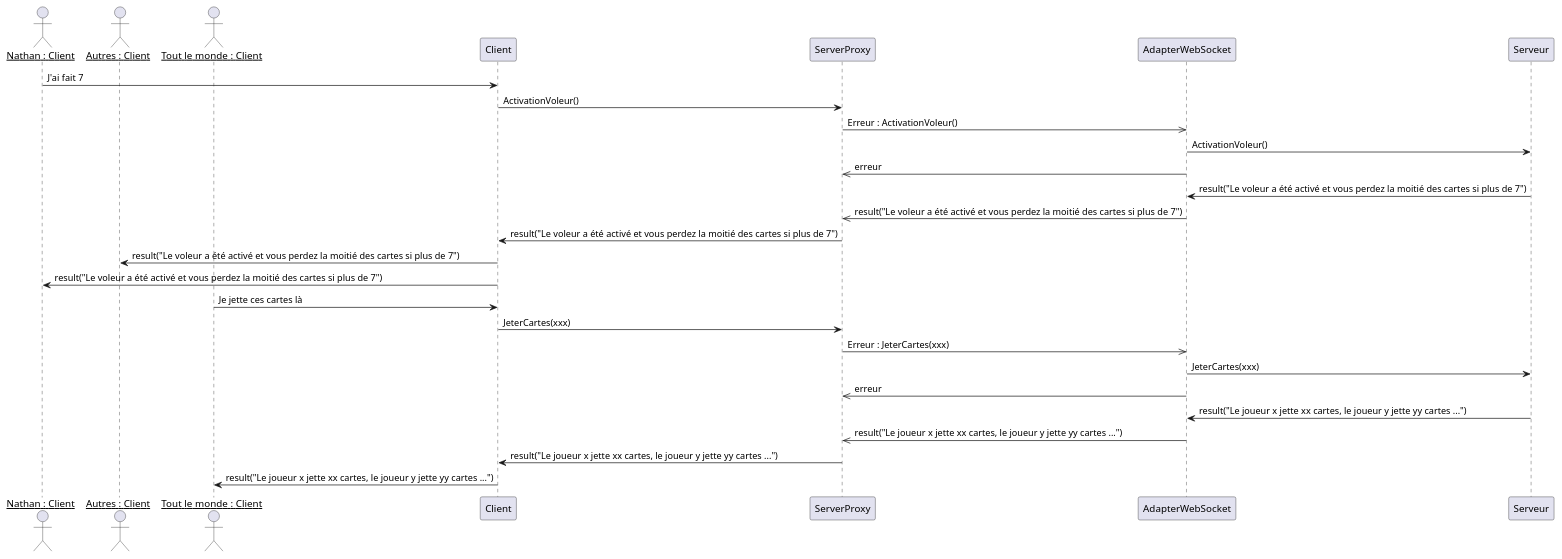
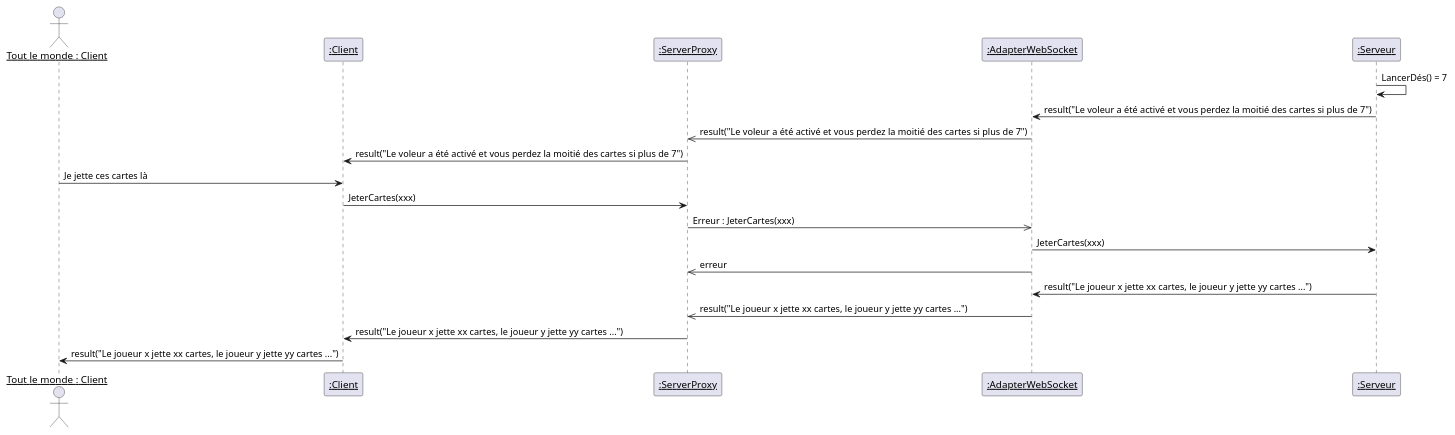
One commit to theray1/Les-Colons-De-Catane changed the eighth of 8 diagrams in catan-doc/modules/composants/pages/sequenceDiagram.adoc. Above: the diagram before and after it, drawn with PlantUML. The commit also changed other lines of this file, not shown here.

```diff
--- a/catan-doc/modules/composants/pages/sequenceDiagram.adoc
+++ b/catan-doc/modules/composants/pages/sequenceDiagram.adoc
@@ -151,30 +175,26 @@
 [plantuml]
 ....
-actor "__Nathan : Client__" as nathan
-actor "__Autres : Client__" as autres
 actor "__Tout le monde : Client__" as toutLeMonde
+participant "__:Client__" as Client
+participant "__:ServerProxy__" as ServerProxy
+participant "__:AdapterWebSocket__" as AdapterWebSocket
+participant "__:Serveur__" as Serveur
 
-nathan -> Client : J'ai fait 7
-Client -> ServerProxy : ActivationVoleur()
-ServerProxy ->> AdapterWebSocket : Erreur : ActivationVoleur()
-AdapterWebSocket -> Serveur : ActivationVoleur()
-AdapterWebSocket ->> ServerProxy : erreur
+Serveur -> Serveur : LancerDés() = 7
 
 Serveur -> AdapterWebSocket : result("Le voleur a été activé et vous perdez la moitié des cartes si plus de 7")
 AdapterWebSocket ->> ServerProxy : result("Le voleur a été activé et vous perdez la moitié des cartes si plus de 7")
 ServerProxy -> Client : result("Le voleur a été activé et vous perdez la moitié des cartes si plus de 7")
-Client -> autres : result("Le voleur a été activé et vous perdez la moitié des cartes si plus de 7")
-Client -> nathan : result("Le voleur a été activé et vous perdez la moitié des cartes si plus de 7")
 
 
 toutLeMonde -> Client : Je jette ces cartes là
 Client -> ServerProxy : JeterCartes(xxx)
 ServerProxy ->> AdapterWebSocket : Erreur : JeterCartes(xxx)
 AdapterWebSocket -> Serveur : JeterCartes(xxx)
 AdapterWebSocket ->> ServerProxy : erreur
 
 Serveur -> AdapterWebSocket : result("Le joueur x jette xx cartes, le joueur y jette yy cartes ...")
 AdapterWebSocket ->> ServerProxy : result("Le joueur x jette xx cartes, le joueur y jette yy cartes ...")
 ServerProxy -> Client : result("Le joueur x jette xx cartes, le joueur y jette yy cartes ...")
 Client -> toutLeMonde : result("Le joueur x jette xx cartes, le joueur y jette yy cartes ...")
 ....
```
